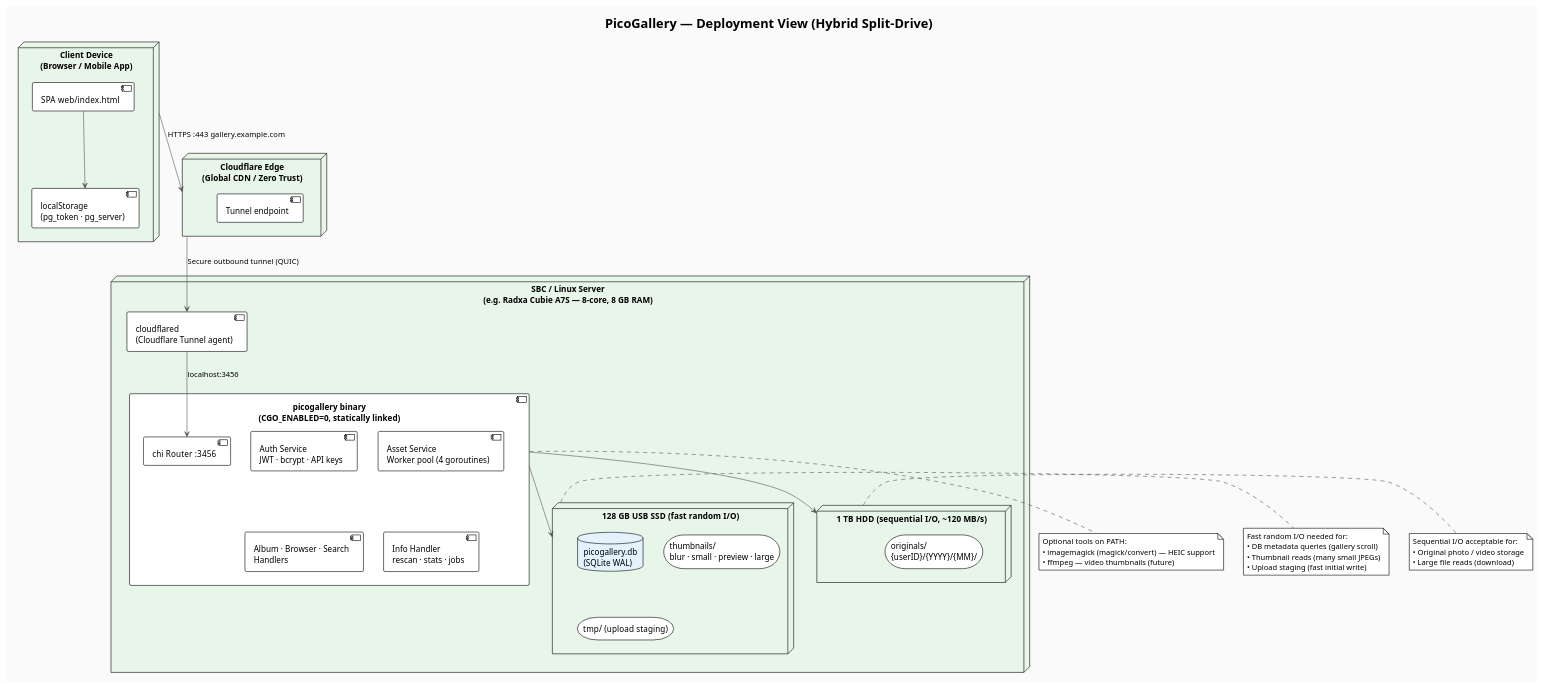
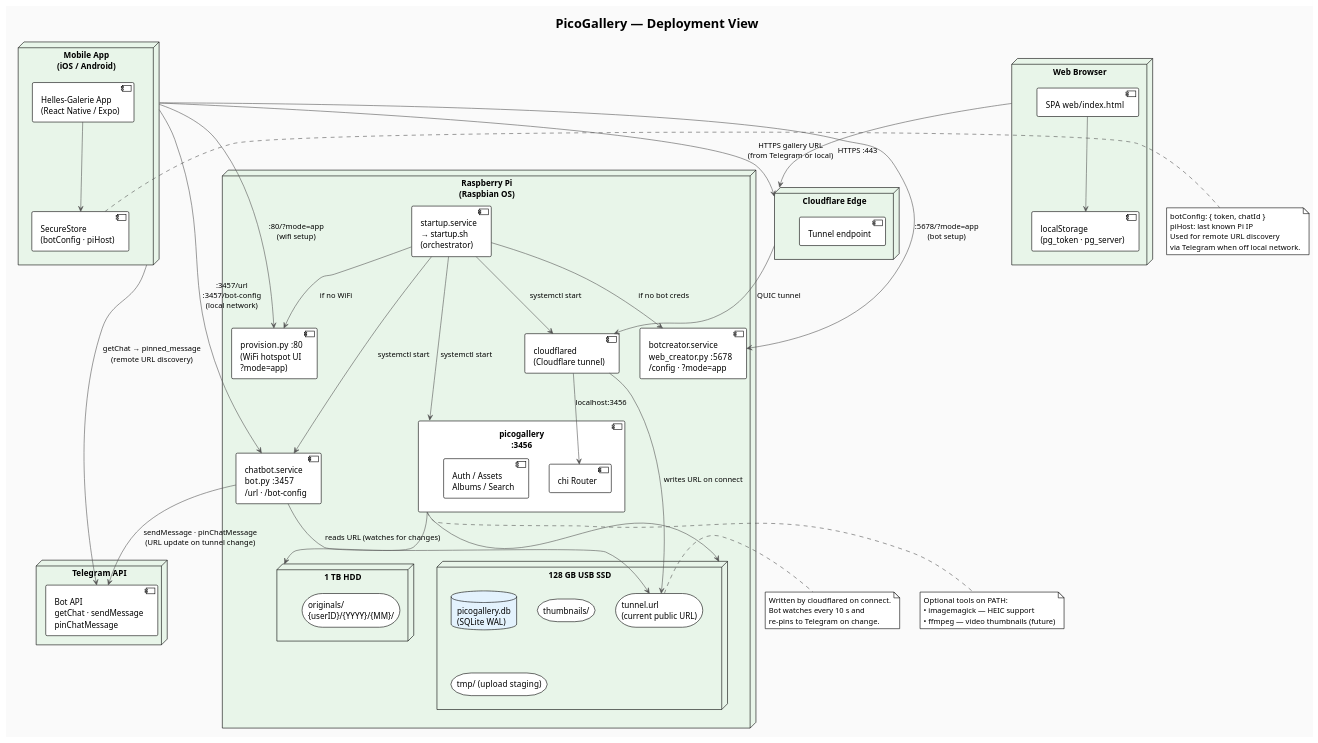
One commit to vikramnaik1988/PicoGallery changed the diagram in docs/02-static-deployment.puml. Above: the diagram before and after it, drawn with PlantUML. The commit also changed 20 other files, not shown here.

```diff
--- a/docs/02-static-deployment.puml
+++ b/docs/02-static-deployment.puml
@@ -1,71 +1,103 @@
 @startuml PicoGallery – Static Deployment View
 !theme plain
 skinparam backgroundColor #FAFAFA
 skinparam nodeBackgroundColor #E8F5E9
 skinparam databaseBackgroundColor #E3F2FD
 skinparam componentBackgroundColor #FFFFFF
 skinparam ArrowColor #555555
 skinparam defaultFontName "Helvetica"
 
-title PicoGallery — Deployment View (Hybrid Split-Drive)
+title PicoGallery — Deployment View
 
-node "Client Device\n(Browser / Mobile App)" as Client {
+node "Mobile App\n(iOS / Android)" as Mobile {
+  component "Helles-Galerie App\n(React Native / Expo)" as App
+  component "SecureStore\n(botConfig · piHost)" as SS
+  App --> SS
+}
+
+node "Web Browser" as Browser {
   component "SPA  web/index.html" as SPA
   component "localStorage\n(pg_token · pg_server)" as LS
   SPA --> LS
 }
 
-node "SBC / Linux Server\n(e.g. Radxa Cubie A7S — 8-core, 8 GB RAM)" as Server {
+node "Raspberry Pi\n(Raspbian OS)" as Server {
 
-  node "128 GB USB SSD  (fast random I/O)" as SSD {
+  component "startup.service\n→ startup.sh\n(orchestrator)" as Startup
+
+  node "128 GB USB SSD" as SSD {
     database "picogallery.db\n(SQLite WAL)" as DB
-    storage "thumbnails/\nblur · small · preview · large" as Thumbs
+    storage "thumbnails/" as Thumbs
     storage "tmp/  (upload staging)" as Tmp
+    storage "tunnel.url\n(current public URL)" as TunnelFile
   }
 
-  node "1 TB HDD  (sequential I/O, ~120 MB/s)" as HDD {
+  node "1 TB HDD" as HDD {
     storage "originals/\n{userID}/{YYYY}/{MM}/" as Originals
   }
 
-  component "picogallery binary\n(CGO_ENABLED=0, statically linked)" as Binary {
-    component "chi Router  :3456" as Router
-    component "Auth Service\nJWT · bcrypt · API keys" as Auth
-    component "Asset Service\nWorker pool (4 goroutines)" as AssetSvc
-    component "Album · Browser · Search\nHandlers" as OtherH
-    component "Info Handler\nrescan · stats · jobs" as InfoH
+  component "picogallery\n:3456" as Binary {
+    component "chi Router" as Router
+    component "Auth / Assets\nAlbums / Search" as Handlers
   }
 
-  component "cloudflared\n(Cloudflare Tunnel agent)" as CFd
+  component "chatbot.service\nbot.py  :3457\n/url · /bot-config" as Bot
 
+  component "botcreator.service\nweb_creator.py  :5678\n/config · ?mode=app" as BotCreator
+
+  component "provision.py  :80\n(WiFi hotspot UI\n?mode=app)" as Provision
+
+  component "cloudflared\n(Cloudflare tunnel)" as CFd
+
+  Startup --> Provision     : if no WiFi
+  Startup --> BotCreator    : if no bot creds
+  Startup --> Binary        : systemctl start
+  Startup --> Bot           : systemctl start
+  Startup --> CFd           : systemctl start
+
+  CFd --> Router            : localhost:3456
+  CFd --> TunnelFile        : writes URL on connect
+  Bot --> TunnelFile        : reads URL (watches for changes)
   Binary --> SSD
   Binary --> HDD
-  CFd --> Router : localhost:3456
 }
 
-node "Cloudflare Edge\n(Global CDN / Zero Trust)" as CFEdge {
+node "Cloudflare Edge" as CFEdge {
   component "Tunnel endpoint" as CFZT
 }
 
-Client  --> CFEdge : HTTPS :443  gallery.example.com
-CFEdge --> CFd     : Secure outbound tunnel (QUIC)
+node "Telegram API" as TG {
+  component "Bot API\ngetChat · sendMessage\npinChatMessage" as TGAPI
+}
 
-note right of SSD
-  Fast random I/O needed for:
-  • DB metadata queries (gallery scroll)
-  • Thumbnail reads (many small JPEGs)
-  • Upload staging (fast initial write)
+Mobile  --> CFEdge  : HTTPS gallery URL\n(from Telegram or local)
+Browser --> CFEdge  : HTTPS :443
+CFEdge  --> CFd     : QUIC tunnel
+
+Mobile  --> Bot     : :3457/url\n:3457/bot-config\n(local network)
+Mobile  --> BotCreator : :5678/?mode=app\n(bot setup)
+Mobile  --> Provision  : :80/?mode=app\n(wifi setup)
+Mobile  --> TGAPI   : getChat → pinned_message\n(remote URL discovery)
+
+Bot     --> TGAPI   : sendMessage · pinChatMessage\n(URL update on tunnel change)
+
+note right of TunnelFile
+  Written by cloudflared on connect.
+  Bot watches every 10 s and
+  re-pins to Telegram on change.
 end note
 
-note right of HDD
-  Sequential I/O acceptable for:
-  • Original photo / video storage
-  • Large file reads (download)
+note right of SS
+  botConfig: { token, chatId }
+  piHost: last known Pi IP
+  Used for remote URL discovery
+  via Telegram when off local network.
 end note
 
 note bottom of Binary
   Optional tools on PATH:
-  • imagemagick (magick/convert) — HEIC support
+  • imagemagick — HEIC support
   • ffmpeg — video thumbnails (future)
 end note
 
 @enduml
```
